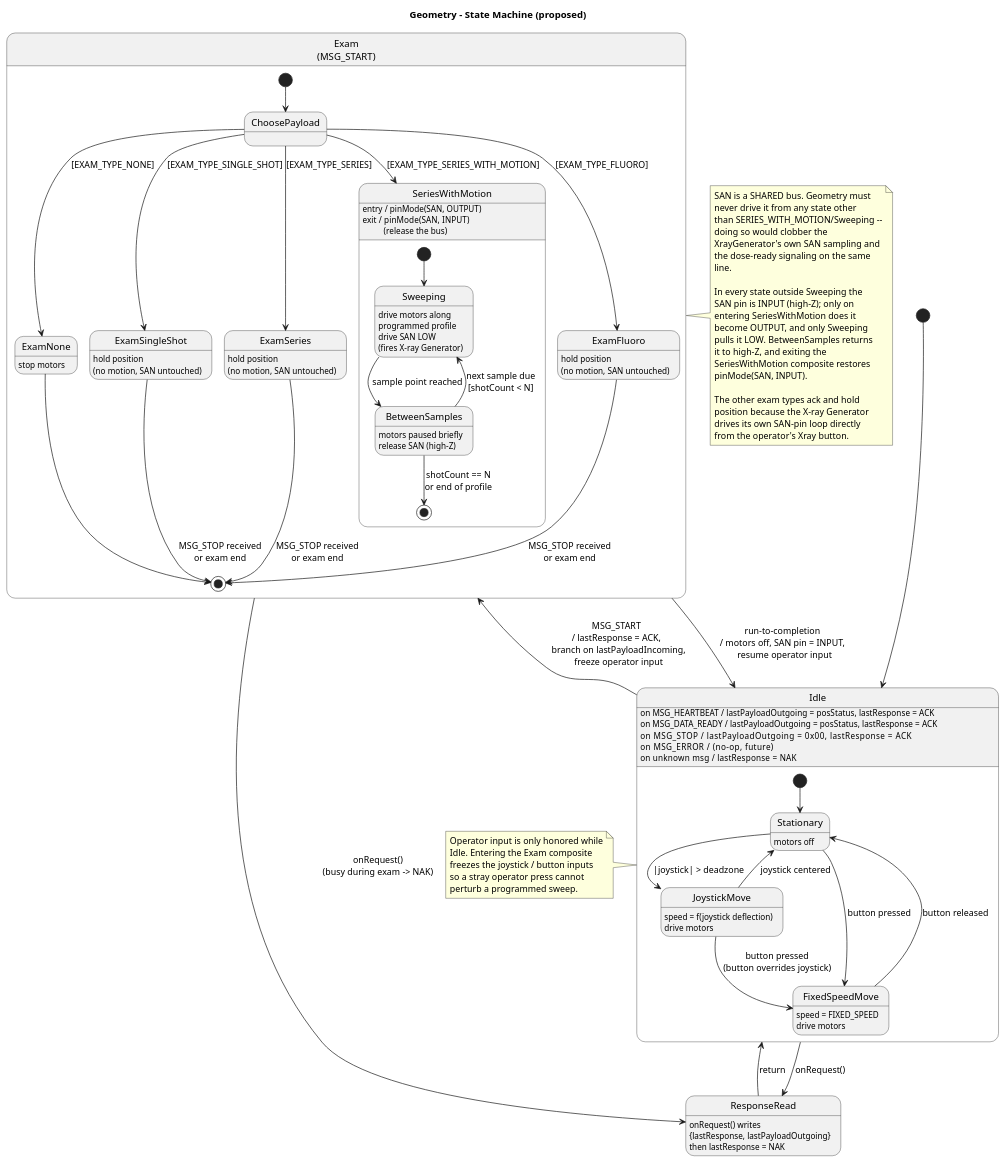
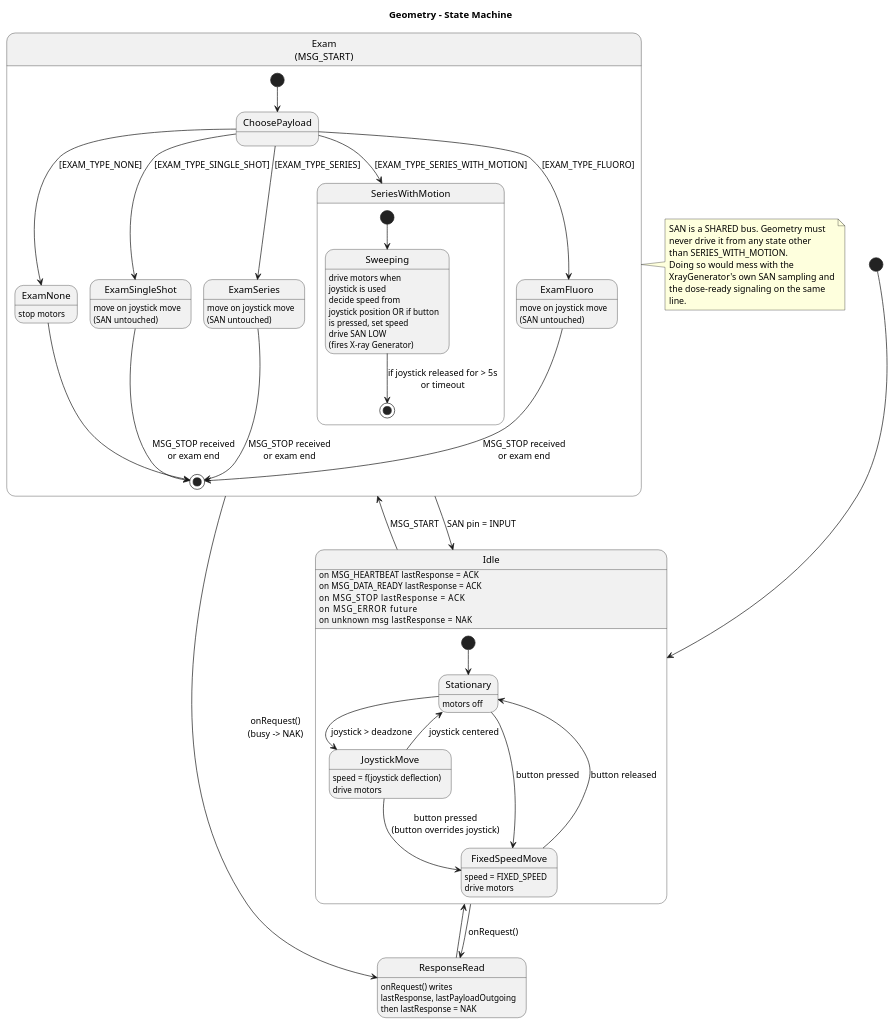
One commit to luckyharry1/Xray-Project changed the diagram in docs/diagrams/Geometry_State.puml. Above: the diagram before and after it, drawn with PlantUML.

Commit message:
Manual Refactor Geometry State Machine diagram

```diff
--- a/docs/diagrams/Geometry_State.puml
+++ b/docs/diagrams/Geometry_State.puml
@@ -1,131 +1,76 @@
 @startuml Geometry_State
-title Geometry - State Machine (proposed)
-
-' Source of inspiration:
-'   XrayGenerator/src/main.cpp - the sister I2C-slave structure
-'   System requirements (operator joystick + button, SAN line on the bus)
-'   Geometry/src/main.cpp      - current skeleton (only stubs implemented)
-'
-' Role: I2C slave (intended I2C_ADDR_SLAVE_2; the skeleton currently uses
-'       SLAVE_1, which collides with XrayGenerator and needs fixing).
-'       The Geometry positions the C-arm / detector. While idle it is
-'       under operator control (joystick or fixed-speed button). During
-'       an exam it is mostly passive, EXCEPT for SERIES_WITH_MOTION,
-'       where it sweeps along a programmed motion profile and uses the
-'       SAN line to fire the X-ray Generator at each sample point.
-'
-'   SAN contract (open-drain, pulled HIGH by default):
-'     SAN is a shared bus. Geometry must NEVER drive it from any state
-'     other than SERIES_WITH_MOTION/Sweeping, otherwise it would
-'     interfere with the XrayGenerator's own SAN sampling and with the
-'     dose-ready signaling on the same line.
-'     - Default: SAN pin is INPUT (high-Z), let the bus float.
-'     - Only on entry to SeriesWithMotion does Geometry configure the
-'       pin as OUTPUT, and only the Sweeping sub-state actively pulls
-'       SAN LOW. BetweenSamples releases it (back to INPUT / high-Z).
-'     - On exit from SeriesWithMotion the pin returns to INPUT.
-'
-'   I2C event handling on the slave side is identical in shape to the
-'   XrayGenerator: onReceive() updates {lastResponse, lastPayloadOutgoing},
-'   onRequest() returns them and resets lastResponse to NAK.
+title Geometry - State Machine
 
 [*] --> Idle
 
 state Idle {
   [*] --> Stationary
 
   state Stationary       : motors off
   state JoystickMove     : speed = f(joystick deflection)\ndrive motors
   state FixedSpeedMove   : speed = FIXED_SPEED\ndrive motors
 
-  Stationary     --> JoystickMove   : |joystick| > deadzone
+  Stationary     --> JoystickMove   : joystick > deadzone
   JoystickMove   --> Stationary     : joystick centered
   Stationary     --> FixedSpeedMove : button pressed
   JoystickMove   --> FixedSpeedMove : button pressed\n(button overrides joystick)
   FixedSpeedMove --> Stationary     : button released
 
-  Idle : on MSG_HEARTBEAT  / lastPayloadOutgoing = posStatus, lastResponse = ACK
-  Idle : on MSG_DATA_READY / lastPayloadOutgoing = posStatus, lastResponse = ACK
-  Idle : on MSG_STOP       / lastPayloadOutgoing = 0x00,      lastResponse = ACK
-  Idle : on MSG_ERROR      / (no-op, future)
-  Idle : on unknown msg    / lastResponse = NAK
+  Idle : on MSG_HEARTBEAT   lastResponse = ACK
+  Idle : on MSG_DATA_READY  lastResponse = ACK
+  Idle : on MSG_STOP        lastResponse = ACK
+  Idle : on MSG_ERROR       future
+  Idle : on unknown msg     lastResponse = NAK
 }
 
 ' ---- Dispatch on MSG_START -------------------------------------------------
 state "Exam\n(MSG_START)" as Exam {
   [*] --> ChoosePayload
 
   state ChoosePayload <<choice>>
 
   state ExamNone        : stop motors
-  state ExamSingleShot  : hold position\n(no motion, SAN untouched)
-  state ExamSeries      : hold position\n(no motion, SAN untouched)
+  state ExamSingleShot  : move on joystick move\n(SAN untouched)
+  state ExamSeries      : move on joystick move\n(SAN untouched)
 
   state SeriesWithMotion {
-    SeriesWithMotion : entry / pinMode(SAN, OUTPUT)
-    SeriesWithMotion : exit  / pinMode(SAN, INPUT)\n          (release the bus)
     [*] --> Sweeping
-    state Sweeping       : drive motors along\nprogrammed profile\ndrive SAN LOW\n(fires X-ray Generator)
-    state BetweenSamples : motors paused briefly\nrelease SAN (high-Z)
-    Sweeping       --> BetweenSamples : sample point reached
-    BetweenSamples --> Sweeping       : next sample due\n[shotCount < N]
-    BetweenSamples --> [*]            : shotCount == N\nor end of profile
+    state Sweeping       : drive motors when\njoystick is used\ndecide speed from\njoystick position OR if button\nis pressed, set speed\ndrive SAN LOW\n(fires X-ray Generator)
+    Sweeping --> [*]     : if joystick released for > 5s\nor timeout
   }
 
-  state ExamFluoro      : hold position\n(no motion, SAN untouched)
+  state ExamFluoro      : move on joystick move\n(SAN untouched)
 
   ChoosePayload --> ExamNone          : [EXAM_TYPE_NONE]
   ChoosePayload --> ExamSingleShot    : [EXAM_TYPE_SINGLE_SHOT]
   ChoosePayload --> ExamSeries        : [EXAM_TYPE_SERIES]
   ChoosePayload --> SeriesWithMotion  : [EXAM_TYPE_SERIES_WITH_MOTION]
   ChoosePayload --> ExamFluoro        : [EXAM_TYPE_FLUORO]
 
   ExamNone         --> [*]
   ExamSingleShot   --> [*] : MSG_STOP received\nor exam end
   ExamSeries       --> [*] : MSG_STOP received\nor exam end
   ExamFluoro       --> [*] : MSG_STOP received\nor exam end
 }
 
-Idle --> Exam : MSG_START\n/ lastResponse = ACK,\n  branch on lastPayloadIncoming,\n  freeze operator input
-Exam --> Idle : run-to-completion\n/ motors off, SAN pin = INPUT,\n  resume operator input
+Idle --> Exam : MSG_START
+Exam --> Idle : SAN pin = INPUT
 
 ' ---- I2C response side (read path) ----
-state ResponseRead : onRequest() writes\n{lastResponse, lastPayloadOutgoing}\nthen lastResponse = NAK
+state ResponseRead : onRequest() writes\nlastResponse, lastPayloadOutgoing\nthen lastResponse = NAK
 
 Idle --> ResponseRead : onRequest()
-Exam --> ResponseRead : onRequest()\n(busy during exam -> NAK)
-ResponseRead --> Idle : return
+Exam --> ResponseRead : onRequest()\n(busy -> NAK)
+ResponseRead --> Idle
 
 note right of Exam
   SAN is a SHARED bus. Geometry must
   never drive it from any state other
-  than SERIES_WITH_MOTION/Sweeping --
-  doing so would clobber the
+  than SERIES_WITH_MOTION.
+  Doing so would mess with the
   XrayGenerator's own SAN sampling and
   the dose-ready signaling on the same
   line.
-
-  In every state outside Sweeping the
-  SAN pin is INPUT (high-Z); only on
-  entering SeriesWithMotion does it
-  become OUTPUT, and only Sweeping
-  pulls it LOW. BetweenSamples returns
-  it to high-Z, and exiting the
-  SeriesWithMotion composite restores
-  pinMode(SAN, INPUT).
-
-  The other exam types ack and hold
-  position because the X-ray Generator
-  drives its own SAN-pin loop directly
-  from the operator's Xray button.
-end note
-
-note left of Idle
-  Operator input is only honored while
-  Idle. Entering the Exam composite
-  freezes the joystick / button inputs
-  so a stray operator press cannot
-  perturb a programmed sweep.
 end note
 
 @enduml
```
